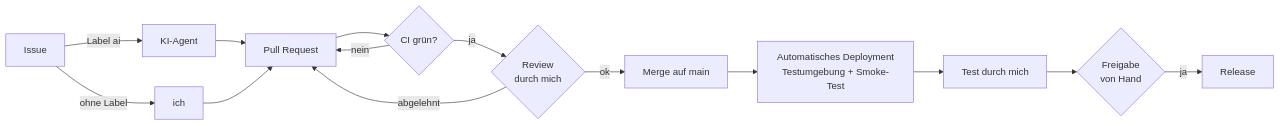
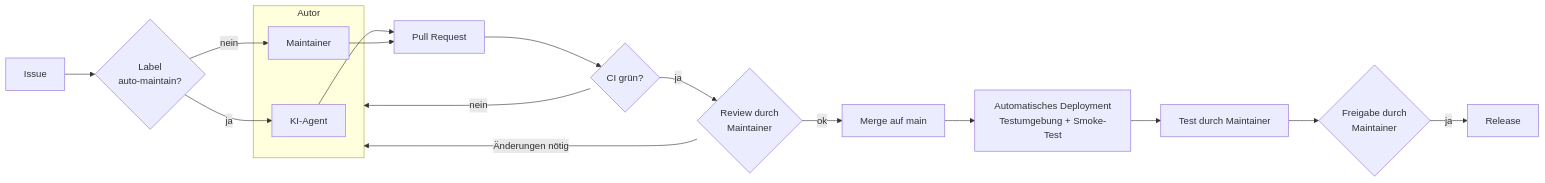
One commit to RuminahuiM/rdg-semesterarbeit changed the third of 3 diagrams in docs/projektdokumentation.md. Above: the diagram before and after it, drawn with Mermaid. The commit also changed other lines of this file and 7 other files, not shown here.

First line of the commit message:
docs: apply review feedback (Scrum rationale, capacity, RDG features, flow, auto-maintain label, subscription)

````diff
--- a/docs/projektdokumentation.md
+++ b/docs/projektdokumentation.md
@@ -433,16 +452,21 @@
 ```mermaid
 flowchart LR
-    I[Issue] -->|Label ai| A[KI-Agent]
-    I -->|ohne Label| D[ich]
+    subgraph AUT[Autor]
+        A[KI-Agent]
+        M[Maintainer]
+    end
+    I[Issue] --> L{Label<br/>auto-maintain?}
+    L -->|ja| A
+    L -->|nein| M
     A --> PR[Pull Request]
-    D --> PR
+    M --> PR
     PR --> CI{CI grün?}
-    CI -->|nein| PR
-    CI -->|ja| R{Review<br/>durch mich}
-    R -->|abgelehnt| PR
-    R -->|ok| M[Merge auf main]
-    M --> T[Automatisches Deployment<br/>Testumgebung + Smoke-Test]
-    T --> E[Test durch mich]
-    E --> F{Freigabe<br/>von Hand}
+    CI -->|nein| AUT
+    CI -->|ja| R{Review durch<br/>Maintainer}
+    R -->|Änderungen nötig| AUT
+    R -->|ok| Mg[Merge auf main]
+    Mg --> T[Automatisches Deployment<br/>Testumgebung + Smoke-Test]
+    T --> E[Test durch Maintainer]
+    E --> F{Freigabe durch<br/>Maintainer}
     F -->|ja| Rel[Release]
 ```
````
